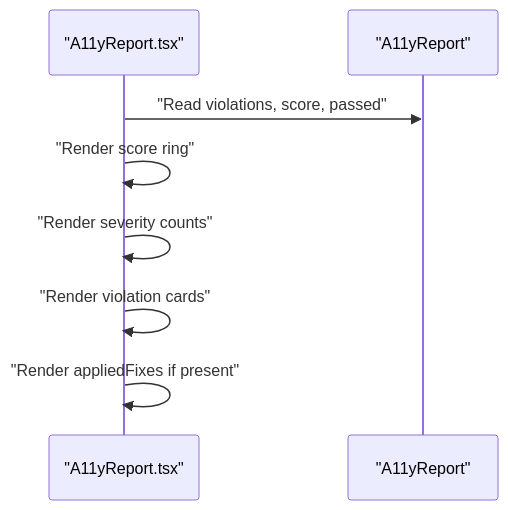
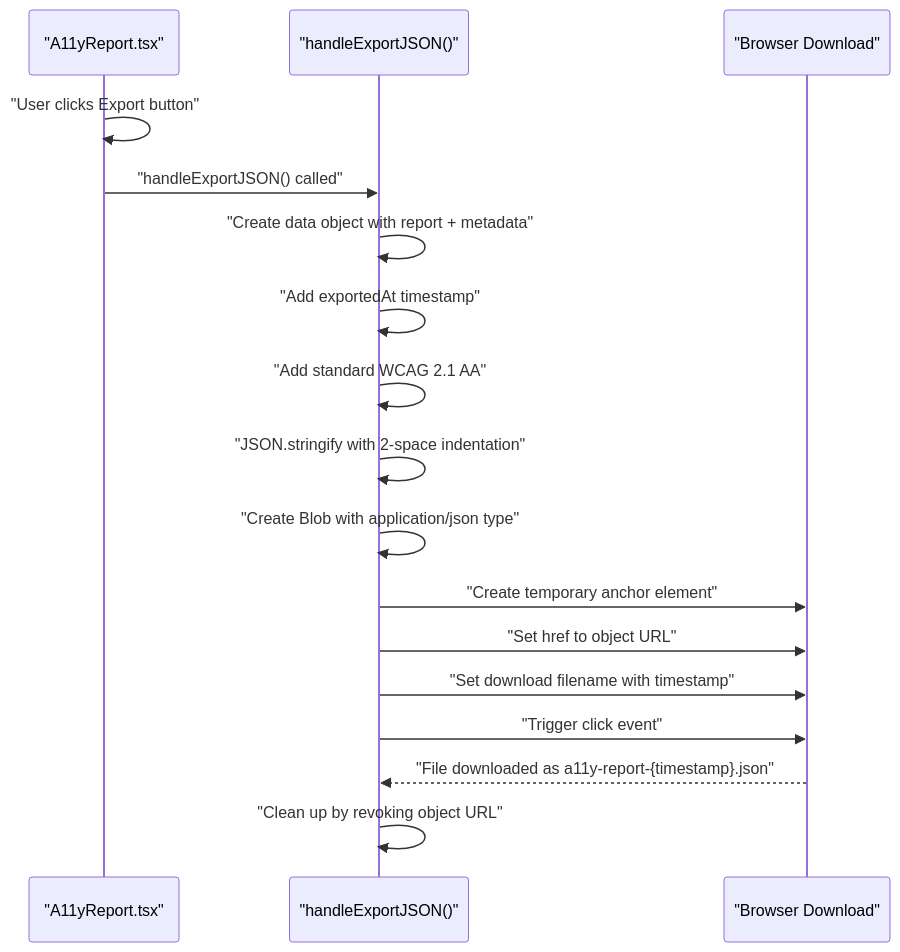
Before and after one commit to shekhargiri005-dotcom/AI-powered-accessibility-first-UI-engine: the seventh of 9 diagrams in .qoder/repowiki/en/content/Validation & Quality Assurance/Accessibility Validation (WCAG 2.1 AA).md, drawn with Mermaid. The commit also changed other lines of this file and 22 other files, not shown here.

````diff
--- a/.qoder/repowiki/en/content/Validation & Quality Assurance/Accessibility Validation (WCAG 2.1 AA).md
+++ b/.qoder/repowiki/en/content/Validation & Quality Assurance/Accessibility Validation (WCAG 2.1 AA).md
@@ -331,10 +362,19 @@
 ```mermaid
 sequenceDiagram
 participant UI as "A11yReport.tsx"
-participant Report as "A11yReport"
-UI->>Report : "Read violations, score, passed"
-UI->>UI : "Render score ring"
-UI->>UI : "Render severity counts"
-UI->>UI : "Render violation cards"
-UI->>UI : "Render appliedFixes if present"
+participant Export as "handleExportJSON()"
+participant Browser as "Browser Download"
+UI->>UI : "User clicks Export button"
+UI->>Export : "handleExportJSON() called"
+Export->>Export : "Create data object with report + metadata"
+Export->>Export : "Add exportedAt timestamp"
+Export->>Export : "Add standard WCAG 2.1 AA"
+Export->>Export : "JSON.stringify with 2-space indentation"
+Export->>Export : "Create Blob with application/json type"
+Export->>Browser : "Create temporary anchor element"
+Export->>Browser : "Set href to object URL"
+Export->>Browser : "Set download filename with timestamp"
+Export->>Browser : "Trigger click event"
+Browser-->>Export : "File downloaded as a11y-report-{timestamp}.json"
+Export->>Export : "Clean up by revoking object URL"
 ```
````
